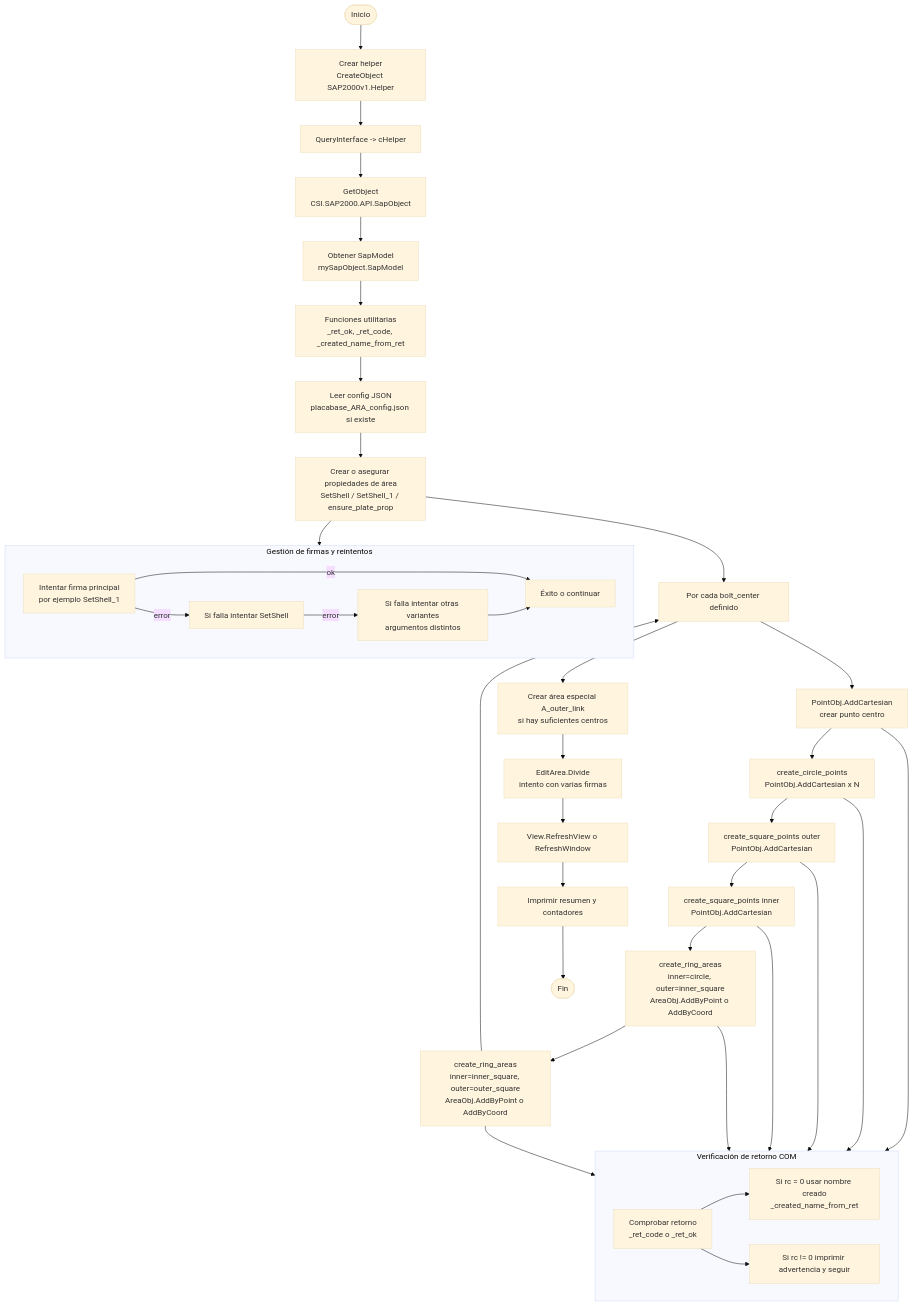
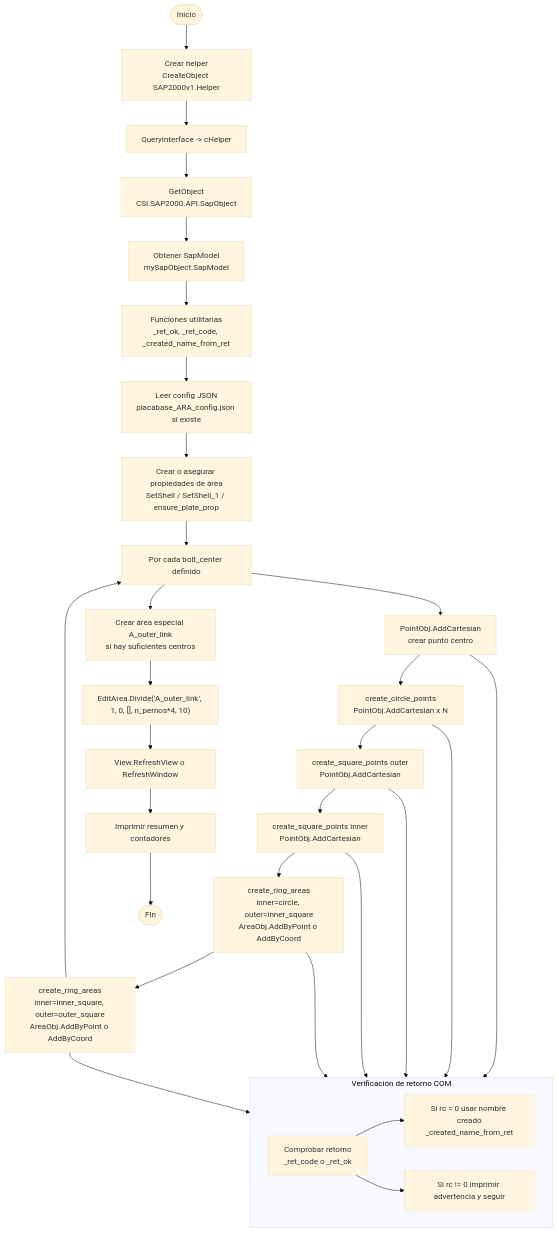
Before and after one commit to fcocarrascob/SAPy2000: the diagram in Placa_Base/docs/placabase_ARA_flow.md, drawn with Mermaid (base theme). The commit also changed 3 other files, not shown here.

````diff
--- a/Placa_Base/docs/placabase_ARA_flow.md
+++ b/Placa_Base/docs/placabase_ARA_flow.md
@@ -5,55 +5,45 @@
 ```mermaid
 flowchart TD
   Start([Inicio])
   H["Crear helper<br/>CreateObject SAP2000v1.Helper"]
   Q["QueryInterface -> cHelper"]
   G["GetObject<br/>CSI.SAP2000.API.SapObject"]
   SM["Obtener SapModel<br/>mySapObject.SapModel"]
   CFG["Leer config JSON<br/>placabase_ARA_config.json si existe"]
   UT["Funciones utilitarias<br/>_ret_ok, _ret_code, _created_name_from_ret"]
   PROP["Crear o asegurar propiedades de área<br/>SetShell / SetShell_1 / ensure_plate_prop"]
   LOOP["Por cada bolt_center definido"]
   AddCenter["PointObj.AddCartesian<br/>crear punto centro"]
   CreateCircle["create_circle_points<br/>PointObj.AddCartesian x N"]
   CreateOuterSquare["create_square_points outer<br/>PointObj.AddCartesian"]
   CreateInnerSquare["create_square_points inner<br/>PointObj.AddCartesian"]
   RingInner["create_ring_areas<br/>inner=circle, outer=inner_square<br/>AreaObj.AddByPoint o AddByCoord"]
   RingOuter["create_ring_areas<br/>inner=inner_square, outer=outer_square<br/>AreaObj.AddByPoint o AddByCoord"]
   LinkArea["Crear área especial A_outer_link<br/>si hay suficientes centros"]
-  DivideArea["EditArea.Divide<br/>intento con varias firmas"]
+  DivideArea["EditArea.Divide('A_outer_link', 1, 0, [], n_pernos*4, 10)"]
   REF["View.RefreshView o RefreshWindow"]
   Summary["Imprimir resumen y contadores"]
   End([Fin])
 
   Start --> H --> Q --> G --> SM --> UT --> CFG --> PROP --> LOOP
   LOOP --> AddCenter --> CreateCircle --> CreateOuterSquare --> CreateInnerSquare
   CreateInnerSquare --> RingInner --> RingOuter
   RingOuter --> LOOP
   LOOP --> LinkArea --> DivideArea --> REF --> Summary --> End
-
-  subgraph Fallbacks["Gestión de firmas y reintentos"]
-    F1["Intentar firma principal<br/>por ejemplo SetShell_1"]
-    F2["Si falla intentar SetShell"]
-    F3["Si falla intentar otras variantes<br/>argumentos distintos"]
-    DoneF["Éxito o continuar"]
-    F1 -->|ok| DoneF
-    F1 -->|error| F2 -->|error| F3 --> DoneF
-  end
-  PROP --> Fallbacks
 
   subgraph CheckRet["Verificación de retorno COM"]
     C1["Comprobar retorno<br/>_ret_code o _ret_ok"]
     C2["Si rc = 0 usar nombre creado<br/>_created_name_from_ret"]
     C3["Si rc != 0 imprimir advertencia y seguir"]
     C1 --> C2
     C1 --> C3
   end
   AddCenter --> CheckRet
   CreateCircle --> CheckRet
   CreateOuterSquare --> CheckRet
   CreateInnerSquare --> CheckRet
   RingInner --> CheckRet
   RingOuter --> CheckRet
 
 
 ```
````
